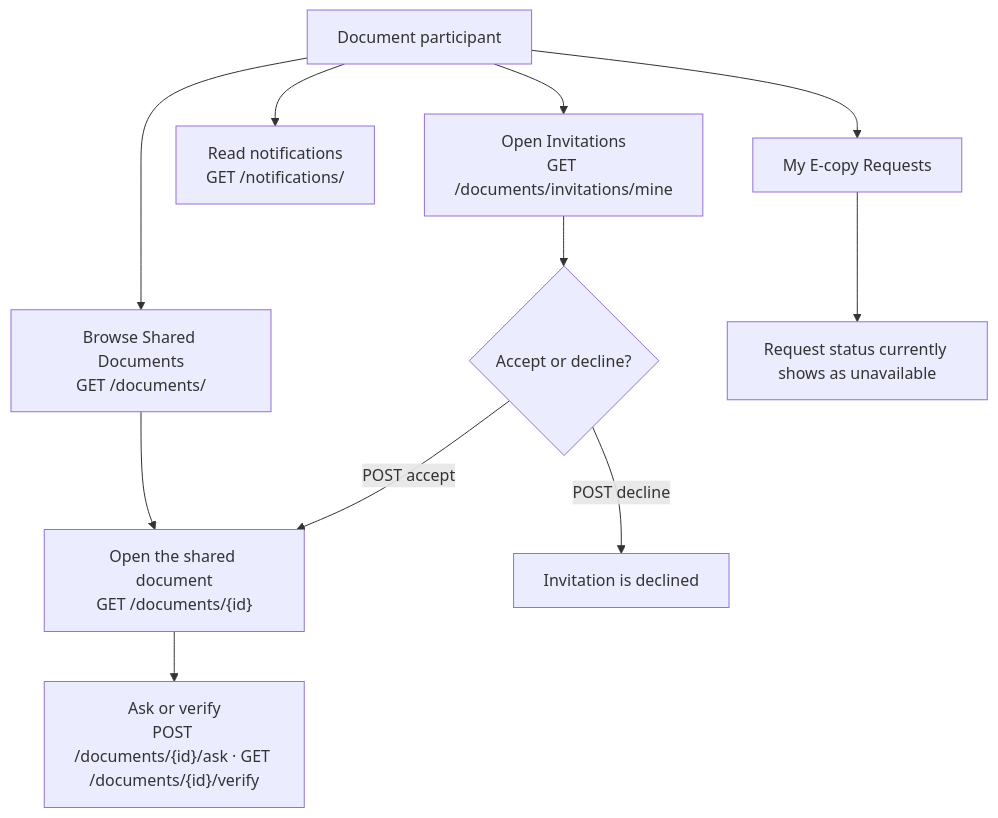
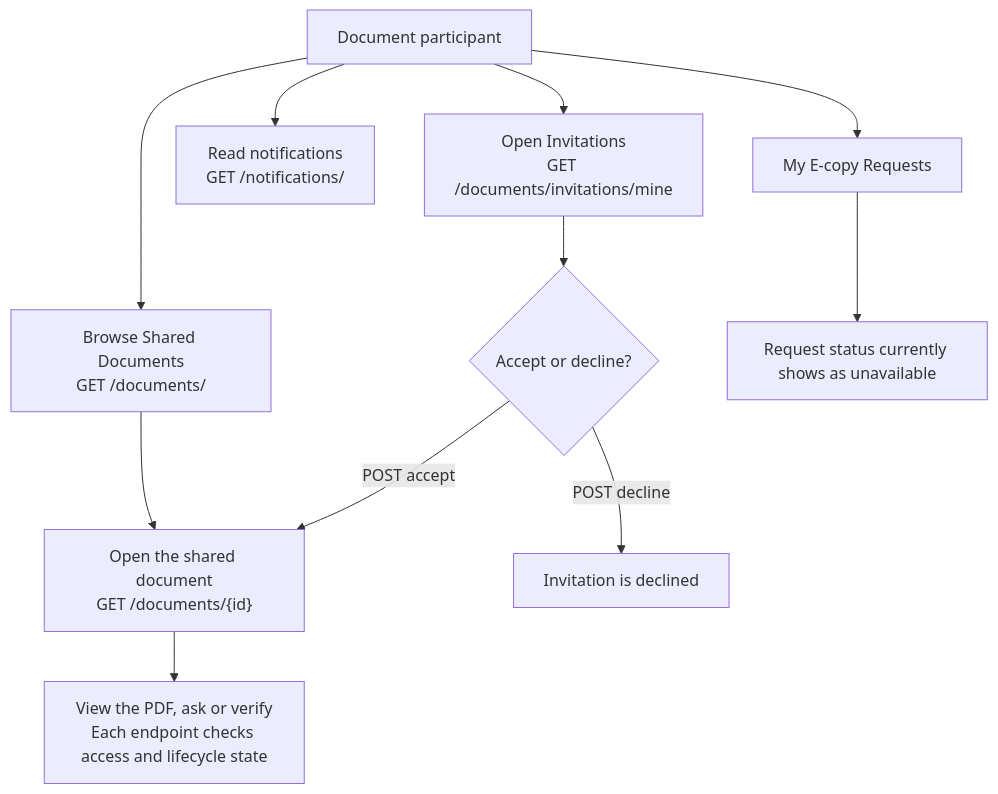
One commit to agustinelumandong/LexChain changed the fourth of 4 diagrams in docs/USER-FLOW-ARCHITECTURE.md. Above: the diagram before and after it, drawn with Mermaid. The commit also changed other lines of this file and 291 other files, not shown here.

````diff
--- a/docs/USER-FLOW-ARCHITECTURE.md
+++ b/docs/USER-FLOW-ARCHITECTURE.md
@@ -110,13 +157,13 @@
 ```mermaid
 flowchart TD
     participant["Document participant"] --> inbox["Open Invitations<br/>GET /documents/invitations/mine"]
     inbox --> decision{"Accept or decline?"}
     decision -->|"POST accept"| shared["Open the shared document<br/>GET /documents/{id}"]
     decision -->|"POST decline"| closed["Invitation is declined"]
     participant --> documents["Browse Shared Documents<br/>GET /documents/"]
     documents --> shared
-    shared --> actions["Ask or verify<br/>POST /documents/{id}/ask · GET /documents/{id}/verify"]
+    shared --> actions["View the PDF, ask or verify<br/>Each endpoint checks access and lifecycle state"]
     participant --> notifications["Read notifications<br/>GET /notifications/"]
     participant --> requests["My E-copy Requests"]
     requests --> unavailable["Request status currently shows as unavailable"]
 ```
````
